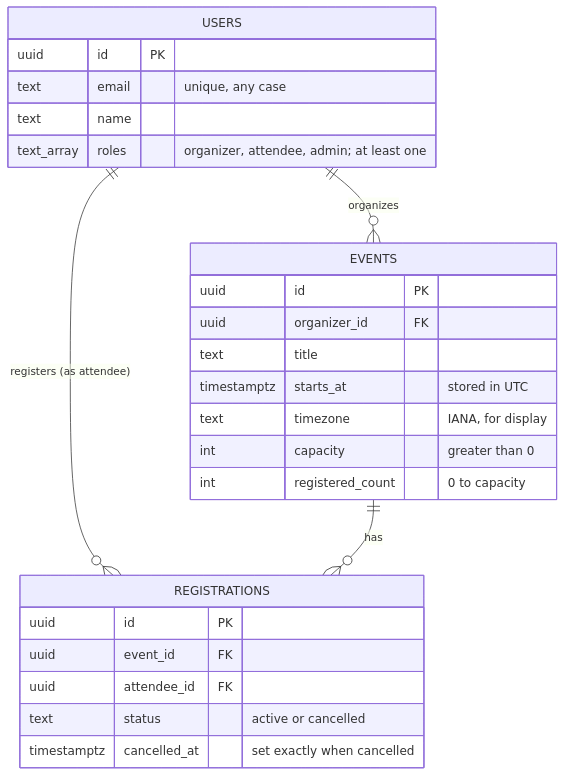
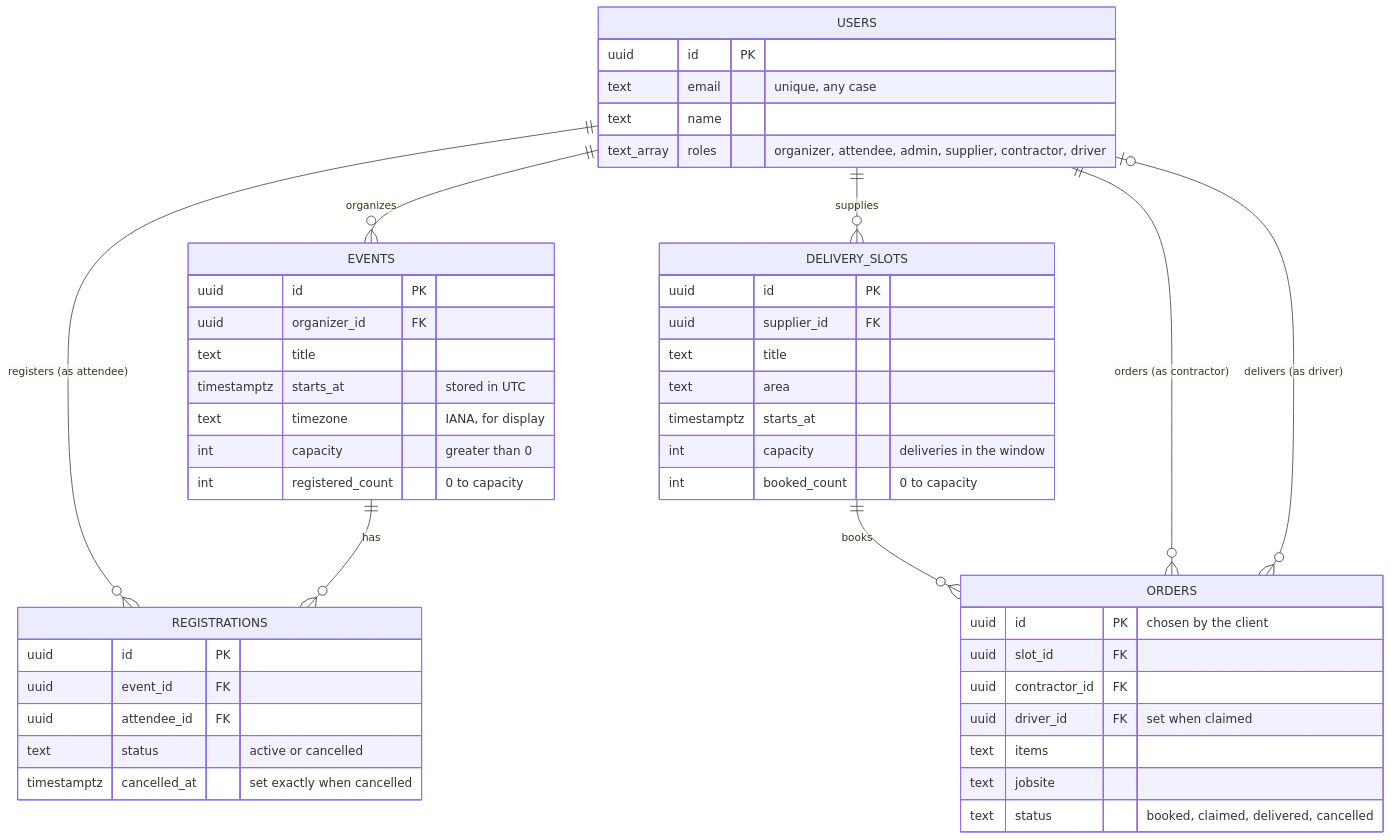
The second of 3 diagrams in docs/ARCHITECTURE.md (trendy0413/community-events), drawn with Mermaid before and after one commit. The commit also changed other lines of this file and 3 other files, not shown here.

First line of the commit message:
docs: describe the supply flow in the README, architecture and guides

````diff
--- a/docs/ARCHITECTURE.md
+++ b/docs/ARCHITECTURE.md
@@ -52,28 +53,50 @@
 ```mermaid
 erDiagram
   USERS ||--o{ EVENTS : organizes
   USERS ||--o{ REGISTRATIONS : "registers (as attendee)"
   EVENTS ||--o{ REGISTRATIONS : has
+  USERS ||--o{ DELIVERY_SLOTS : "supplies"
+  DELIVERY_SLOTS ||--o{ ORDERS : books
+  USERS ||--o{ ORDERS : "orders (as contractor)"
+  USERS |o--o{ ORDERS : "delivers (as driver)"
   USERS {
     uuid id PK
     text email "unique, any case"
     text name
-    text_array roles "organizer, attendee, admin; at least one"
+    text_array roles "organizer, attendee, admin, supplier, contractor, driver"
   }
   EVENTS {
     uuid id PK
     uuid organizer_id FK
     text title
     timestamptz starts_at "stored in UTC"
     text timezone "IANA, for display"
     int capacity "greater than 0"
     int registered_count "0 to capacity"
   }
   REGISTRATIONS {
     uuid id PK
     uuid event_id FK
     uuid attendee_id FK
     text status "active or cancelled"
     timestamptz cancelled_at "set exactly when cancelled"
   }
+  DELIVERY_SLOTS {
+    uuid id PK
+    uuid supplier_id FK
+    text title
+    text area
+    timestamptz starts_at
+    int capacity "deliveries in the window"
+    int booked_count "0 to capacity"
+  }
+  ORDERS {
+    uuid id PK "chosen by the client"
+    uuid slot_id FK
+    uuid contractor_id FK
+    uuid driver_id FK "set when claimed"
+    text items
+    text jobsite
+    text status "booked, claimed, delivered, cancelled"
+  }
 ```
````
